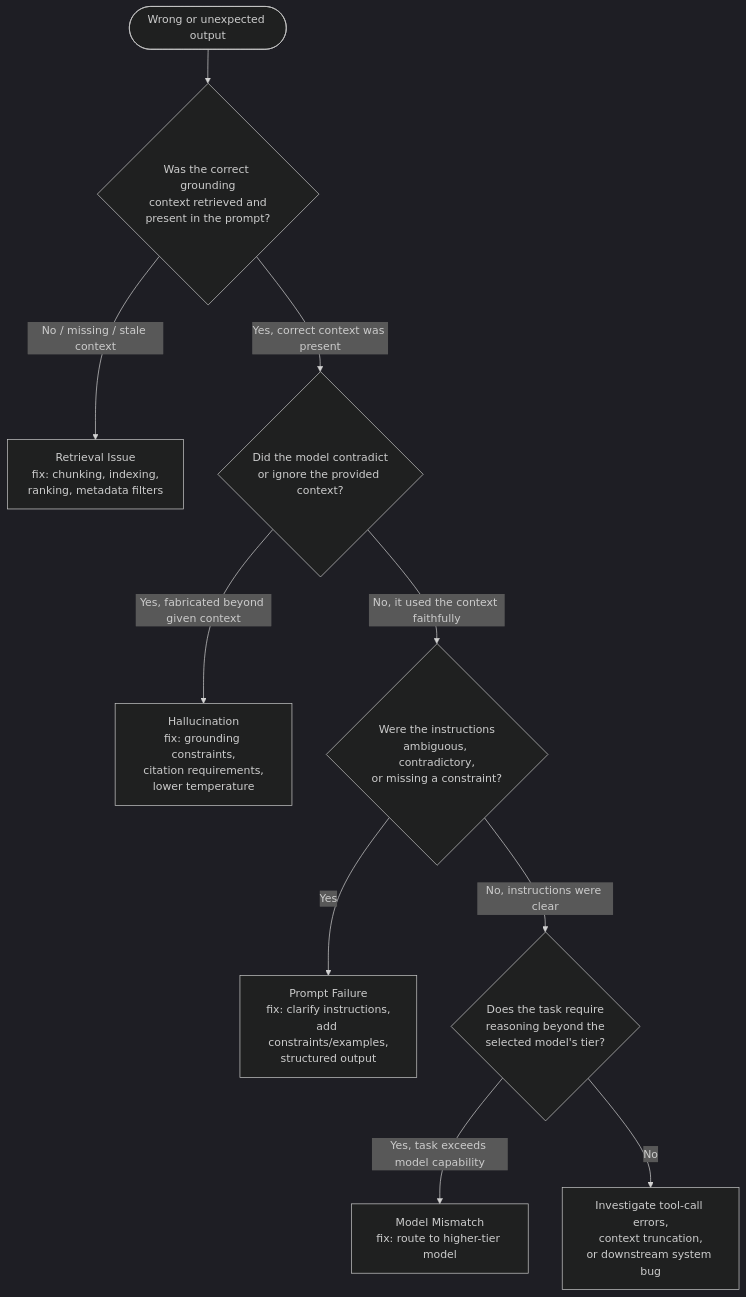
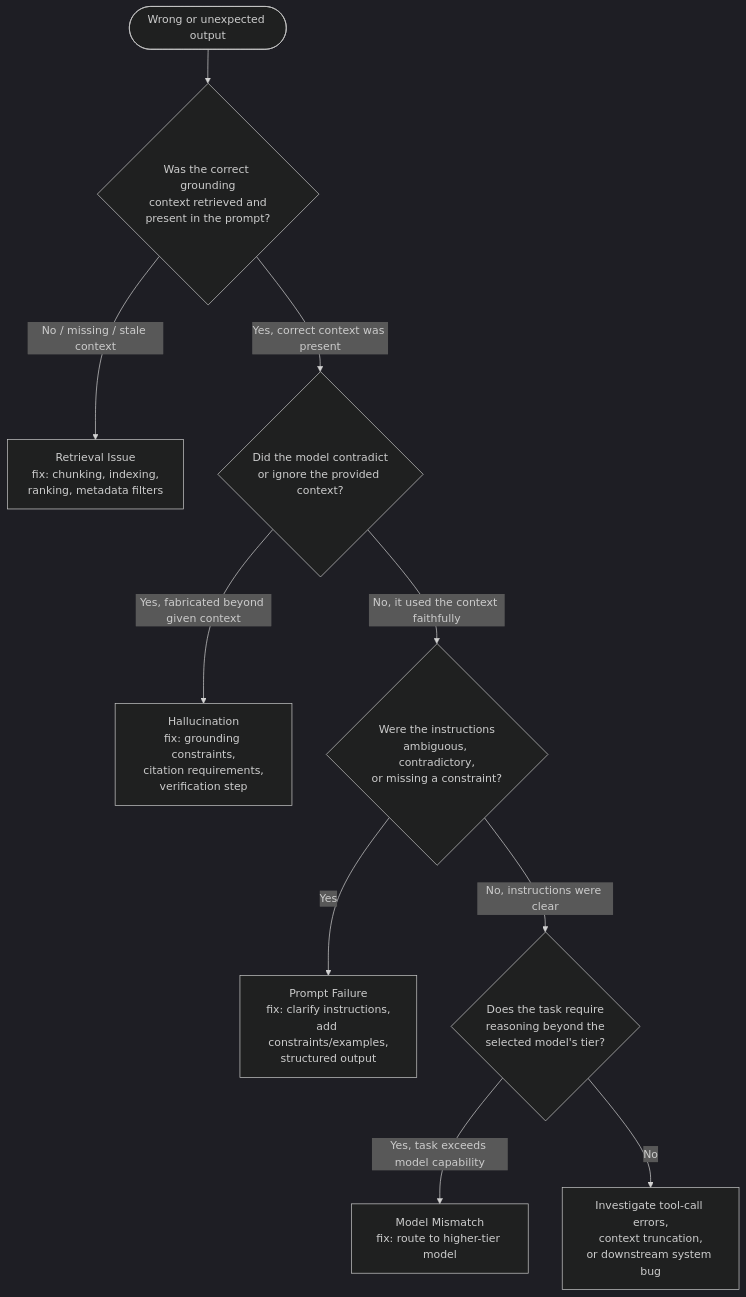
Before and after one commit to ajeetchouksey/ajch_skillup: the second of 2 diagrams in content/skillup/ccap/notes/ccap-d4-evaluation-testing-and-optimization.md, drawn with Mermaid (dark theme). The commit also changed other lines of this file and 157 other files, not shown here.

````diff
--- a/content/skillup/ccap/notes/ccap-d4-evaluation-testing-and-optimization.md
+++ b/content/skillup/ccap/notes/ccap-d4-evaluation-testing-and-optimization.md
@@ -125,12 +125,12 @@
 ```mermaid
 flowchart TD
   Start([Wrong or unexpected output]) --> Q1{Was the correct grounding<br/>context retrieved and<br/>present in the prompt?}
   Q1 -->|No / missing / stale context| Retrieval[Retrieval Issue<br/>fix: chunking, indexing,<br/>ranking, metadata filters]
   Q1 -->|Yes, correct context was present| Q2{Did the model contradict<br/>or ignore the provided context?}
-  Q2 -->|Yes, fabricated beyond given context| Halluc[Hallucination<br/>fix: grounding constraints,<br/>citation requirements,<br/>lower temperature]
+  Q2 -->|Yes, fabricated beyond given context| Halluc[Hallucination<br/>fix: grounding constraints,<br/>citation requirements,<br/>verification step]
   Q2 -->|No, it used the context faithfully| Q3{Were the instructions<br/>ambiguous, contradictory,<br/>or missing a constraint?}
   Q3 -->|Yes| Prompt[Prompt Failure<br/>fix: clarify instructions,<br/>add constraints/examples,<br/>structured output]
   Q3 -->|No, instructions were clear| Q4{Does the task require<br/>reasoning beyond the<br/>selected model's tier?}
   Q4 -->|Yes, task exceeds model capability| Mismatch[Model Mismatch<br/>fix: route to higher-tier model]
   Q4 -->|No| Other[Investigate tool-call errors,<br/>context truncation,<br/>or downstream system bug]
 ```
````
